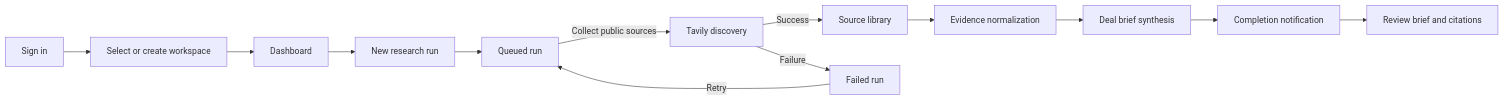
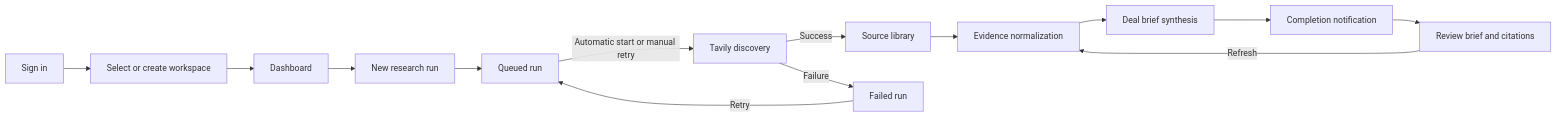
One commit to afnanahmadtariq/InsightIQ changed the diagram in docs/user-flows.md. Above: the diagram before and after it, drawn with Mermaid. The commit also changed other lines of this file, not shown here.

Commit message:
docs: align shipped user flows

````diff
--- a/docs/user-flows.md
+++ b/docs/user-flows.md
@@ -10,15 +9,16 @@
 ```mermaid
 flowchart LR
   A[Sign in] --> B[Select or create workspace]
   B --> C[Dashboard]
   C --> D[New research run]
   D --> E[Queued run]
-  E -->|Collect public sources| F[Tavily discovery]
+  E -->|Automatic start or manual retry| F[Tavily discovery]
   F -->|Success| G[Source library]
   F -->|Failure| H[Failed run]
   H -->|Retry| E
   G --> I[Evidence normalization]
   I --> J[Deal brief synthesis]
   J --> K[Completion notification]
   K --> L[Review brief and citations]
+  L -->|Refresh| I
 ```
````
